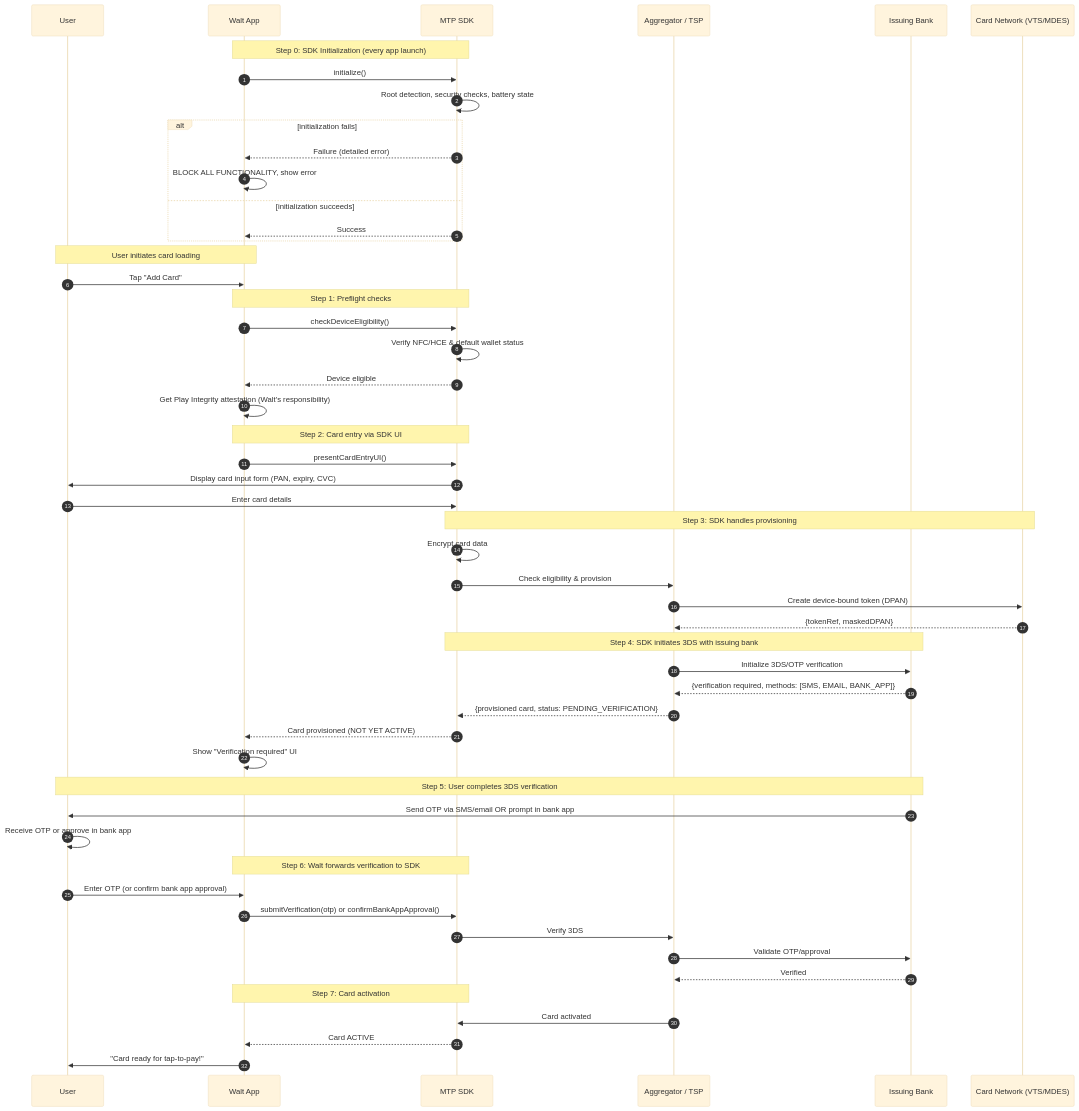
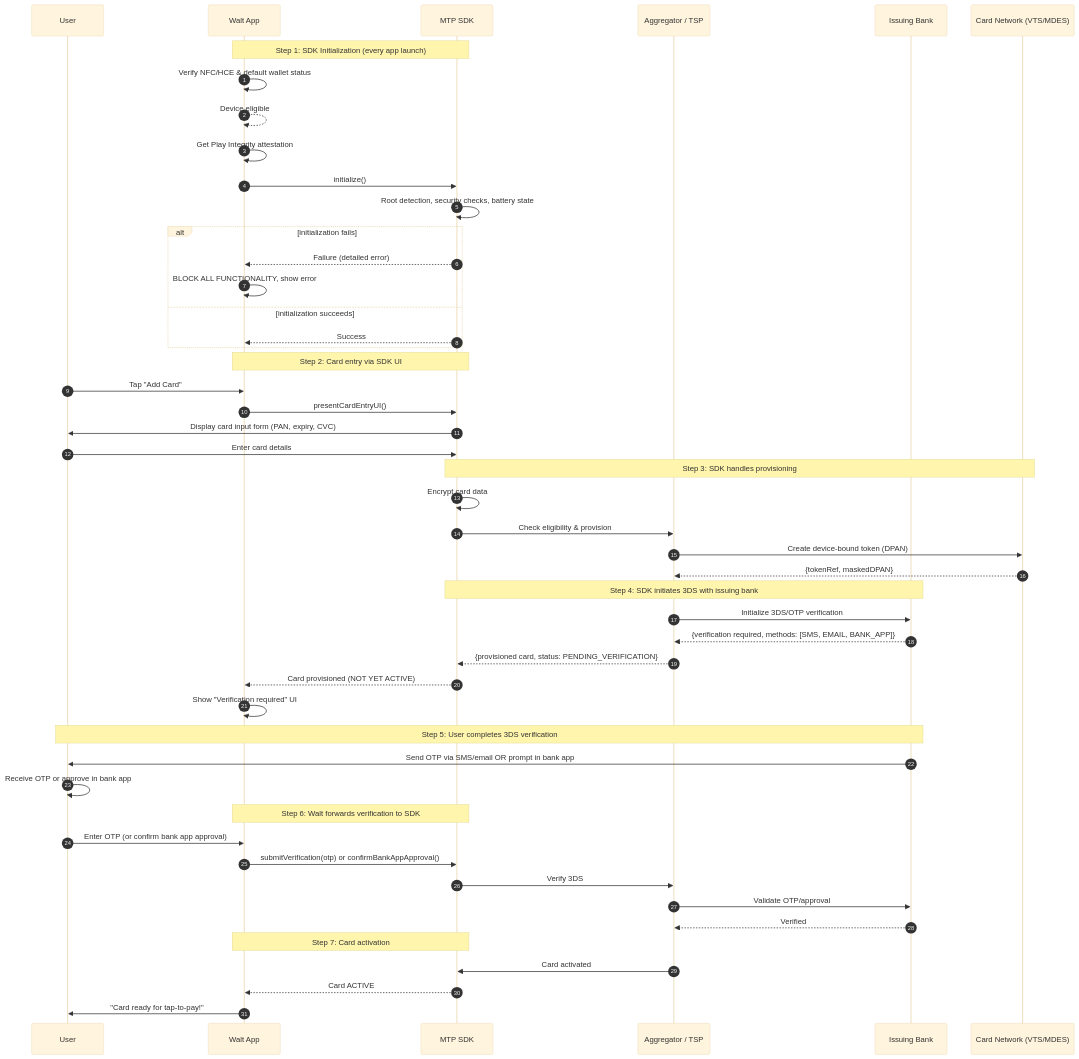
The diagram in docs/card-loading/README.md (walt-app/walt-architecture), drawn with Mermaid (base theme) before and after one commit. The commit also changed other lines of this file, not shown here.

First line of the commit message:
docs: Clarify Walt vs SDK responsibility split for initialization

````diff
--- a/docs/card-loading/README.md
+++ b/docs/card-loading/README.md
@@ -41,66 +52,60 @@
 ```mermaid
 sequenceDiagram
   autonumber
   participant User
   participant App as Walt App
   participant SDK as MTP SDK
   participant Agg as Aggregator / TSP
   participant Bank as Issuing Bank
   participant TSP as Card Network (VTS/MDES)
 
-  Note over App,SDK: Step 0: SDK Initialization (every app launch)
+  Note over App,SDK: Step 1: SDK Initialization (every app launch)
+  App->>App: Verify NFC/HCE & default wallet status
+  App-->>App: Device eligible
+  App->>App: Get Play Integrity attestation
   App->>SDK: initialize()
   SDK->>SDK: Root detection, security checks, battery state
   alt initialization fails
     SDK-->>App: Failure (detailed error)
     App->>App: BLOCK ALL FUNCTIONALITY, show error
   else initialization succeeds
     SDK-->>App: Success
   end
 
-  Note over User,App: User initiates card loading
+  Note over App,SDK: Step 2: Card entry via SDK UI
   User->>App: Tap "Add Card"
-
-  Note over App,SDK: Step 1: Preflight checks
-  App->>SDK: checkDeviceEligibility()
-  SDK->>SDK: Verify NFC/HCE & default wallet status
-  SDK-->>App: Device eligible
-
-  App->>App: Get Play Integrity attestation (Walt's responsibility)
-
-  Note over App,SDK: Step 2: Card entry via SDK UI
   App->>SDK: presentCardEntryUI()
   SDK->>User: Display card input form (PAN, expiry, CVC)
   User->>SDK: Enter card details
 
   Note over SDK,TSP: Step 3: SDK handles provisioning
   SDK->>SDK: Encrypt card data
   SDK->>Agg: Check eligibility & provision
   Agg->>TSP: Create device-bound token (DPAN)
   TSP-->>Agg: {tokenRef, maskedDPAN}
 
   Note over SDK,Bank: Step 4: SDK initiates 3DS with issuing bank
   Agg->>Bank: Initialize 3DS/OTP verification
   Bank-->>Agg: {verification required, methods: [SMS, EMAIL, BANK_APP]}
   Agg-->>SDK: {provisioned card, status: PENDING_VERIFICATION}
 
   SDK-->>App: Card provisioned (NOT YET ACTIVE)
   App->>App: Show "Verification required" UI
 
   Note over User,Bank: Step 5: User completes 3DS verification
   Bank->>User: Send OTP via SMS/email OR prompt in bank app
   User->>User: Receive OTP or approve in bank app
 
   Note over App,SDK: Step 6: Walt forwards verification to SDK
   User->>App: Enter OTP (or confirm bank app approval)
   App->>SDK: submitVerification(otp) or confirmBankAppApproval()
   SDK->>Agg: Verify 3DS
   Agg->>Bank: Validate OTP/approval
   Bank-->>Agg: Verified
 
   Note over SDK,App: Step 7: Card activation
   Agg->>SDK: Card activated
   SDK-->>App: Card ACTIVE
 
   App->>User: "Card ready for tap-to-pay!"
 ```
````
